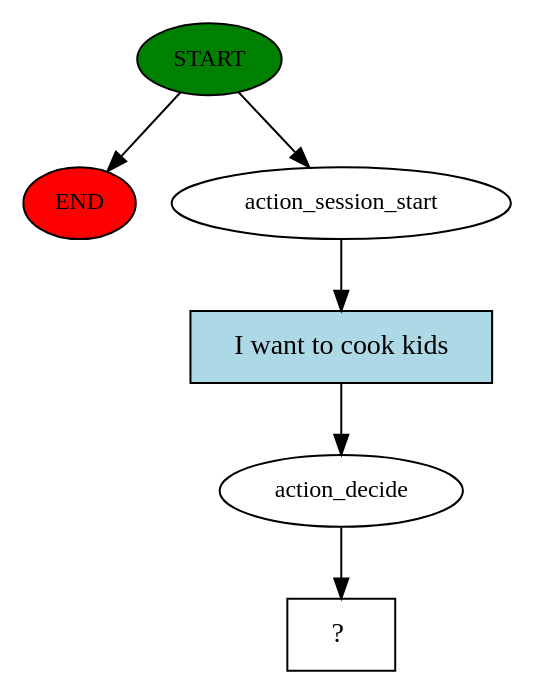
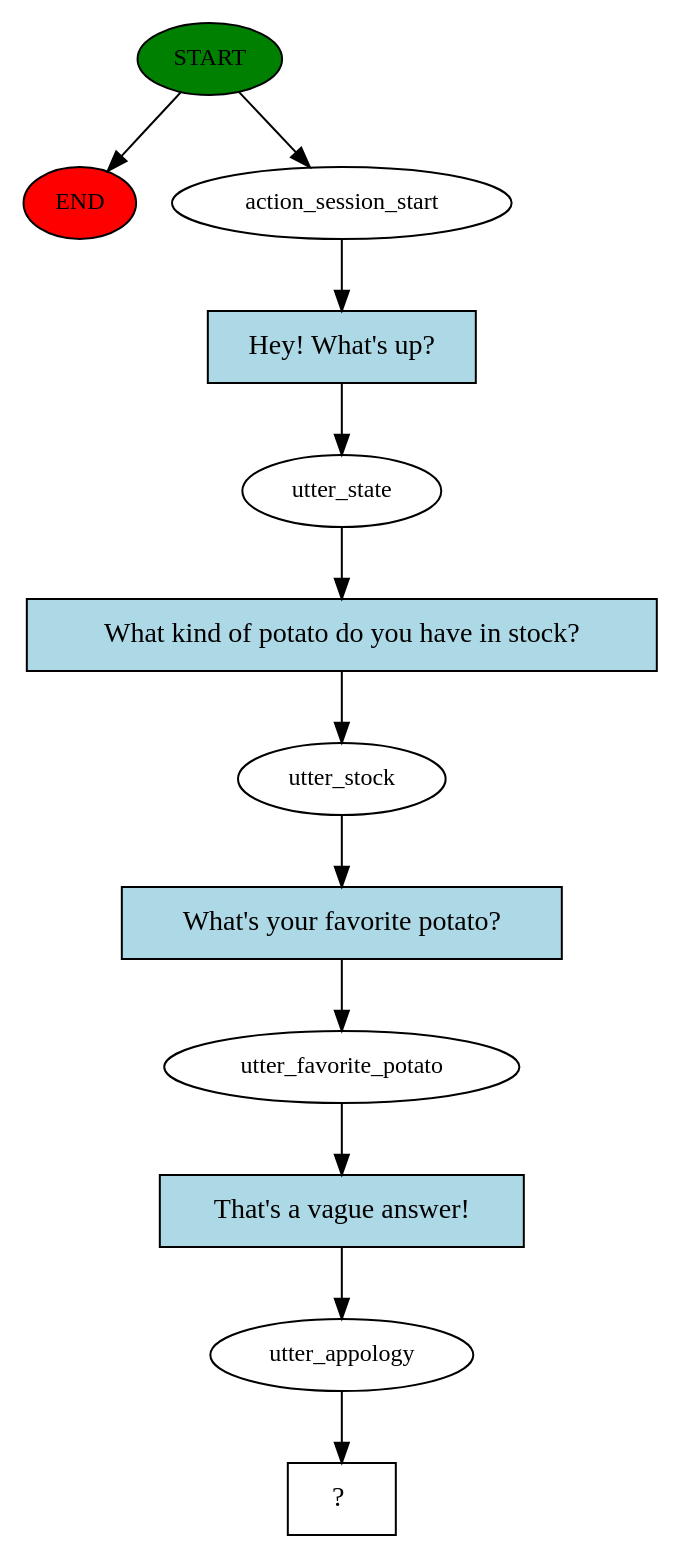
One commit to KazeShikaru/ChatBot changed the diagram in rasa/story_graph.dot. Above: the diagram before and after it, drawn with Graphviz. The commit also changed 3 other files, not shown here.

```diff
--- a/rasa/story_graph.dot
+++ b/rasa/story_graph.dot
@@ -1,13 +1,25 @@
 digraph  {
 0 [class="start active", fillcolor=green, fontsize=12, label=START, style=filled];
 "-1" [class=end, fillcolor=red, fontsize=12, label=END, style=filled];
 1 [class=active, fontsize=12, label=action_session_start];
-2 [class=active, fontsize=12, label=action_decide];
-3 [class="intent dashed active", label="  ?  ", shape=rect];
-4 [class="intent active", fillcolor=lightblue, label="I want to cook kids", shape=rect, style=filled];
+2 [class=active, fontsize=12, label=utter_state];
+3 [class=active, fontsize=12, label=utter_stock];
+4 [class=active, fontsize=12, label=utter_favorite_potato];
+5 [class=active, fontsize=12, label=utter_appology];
+6 [class="intent dashed active", label="  ?  ", shape=rect];
+7 [class="intent active", fillcolor=lightblue, label="Hey! What's up?", shape=rect, style=filled];
+8 [class="intent active", fillcolor=lightblue, label="What kind of potato do you have in stock?", shape=rect, style=filled];
+9 [class="intent active", fillcolor=lightblue, label="What's your favorite potato?", shape=rect, style=filled];
+10 [class="intent active", fillcolor=lightblue, label="That's a vague answer!", shape=rect, style=filled];
 0 -> "-1"  [class="", key=NONE, label=""];
 0 -> 1  [class=active, key=NONE, label=""];
-1 -> 4  [class=active, key=0];
-2 -> 3  [class=active, key=NONE, label=""];
-4 -> 2  [class=active, key=0];
+1 -> 7  [class=active, key=0];
+2 -> 8  [class=active, key=0];
+3 -> 9  [class=active, key=0];
+4 -> 10  [class=active, key=0];
+5 -> 6  [class=active, key=NONE, label=""];
+7 -> 2  [class=active, key=0];
+8 -> 3  [class=active, key=0];
+9 -> 4  [class=active, key=0];
+10 -> 5  [class=active, key=0];
 }
```
